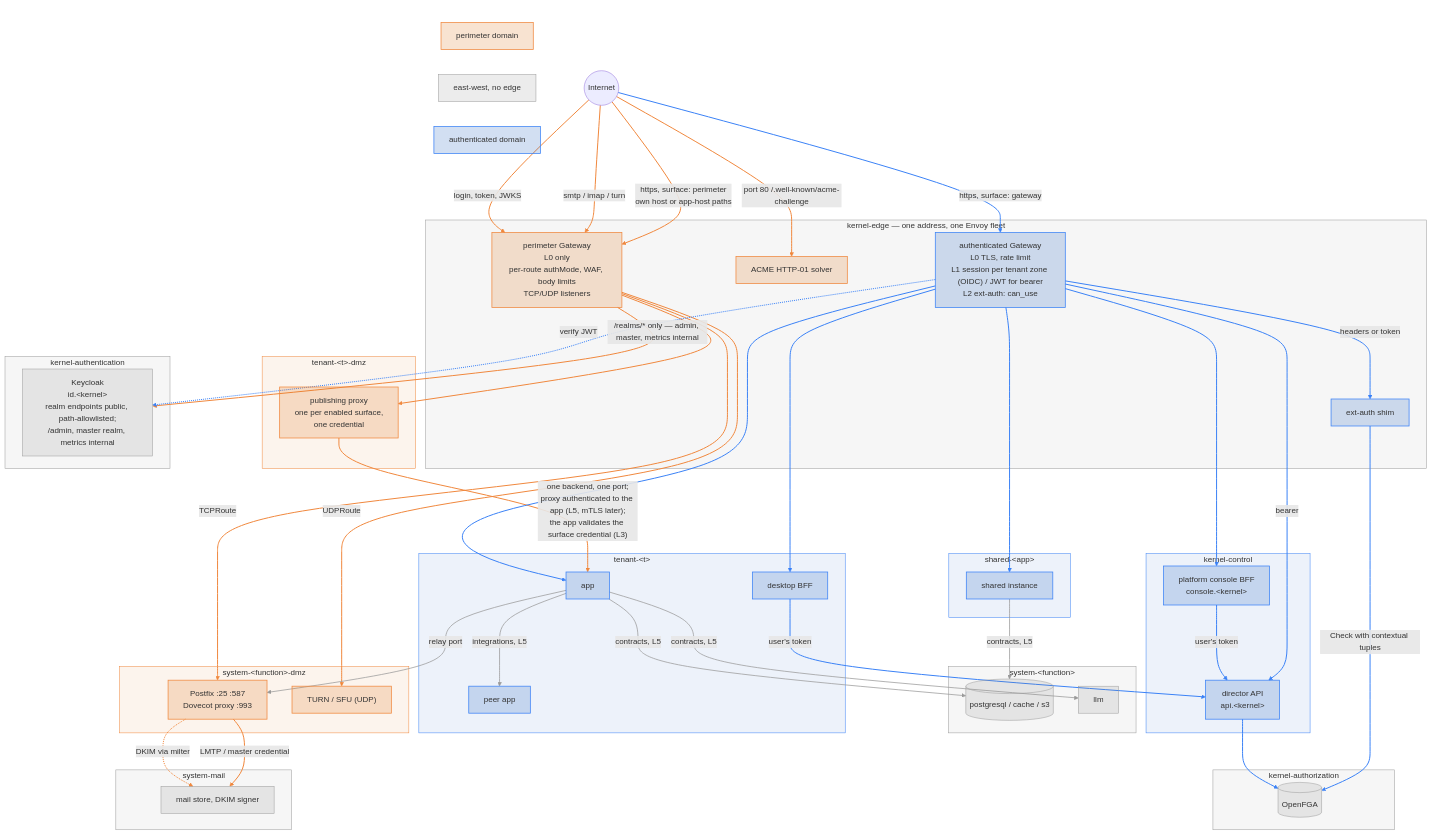
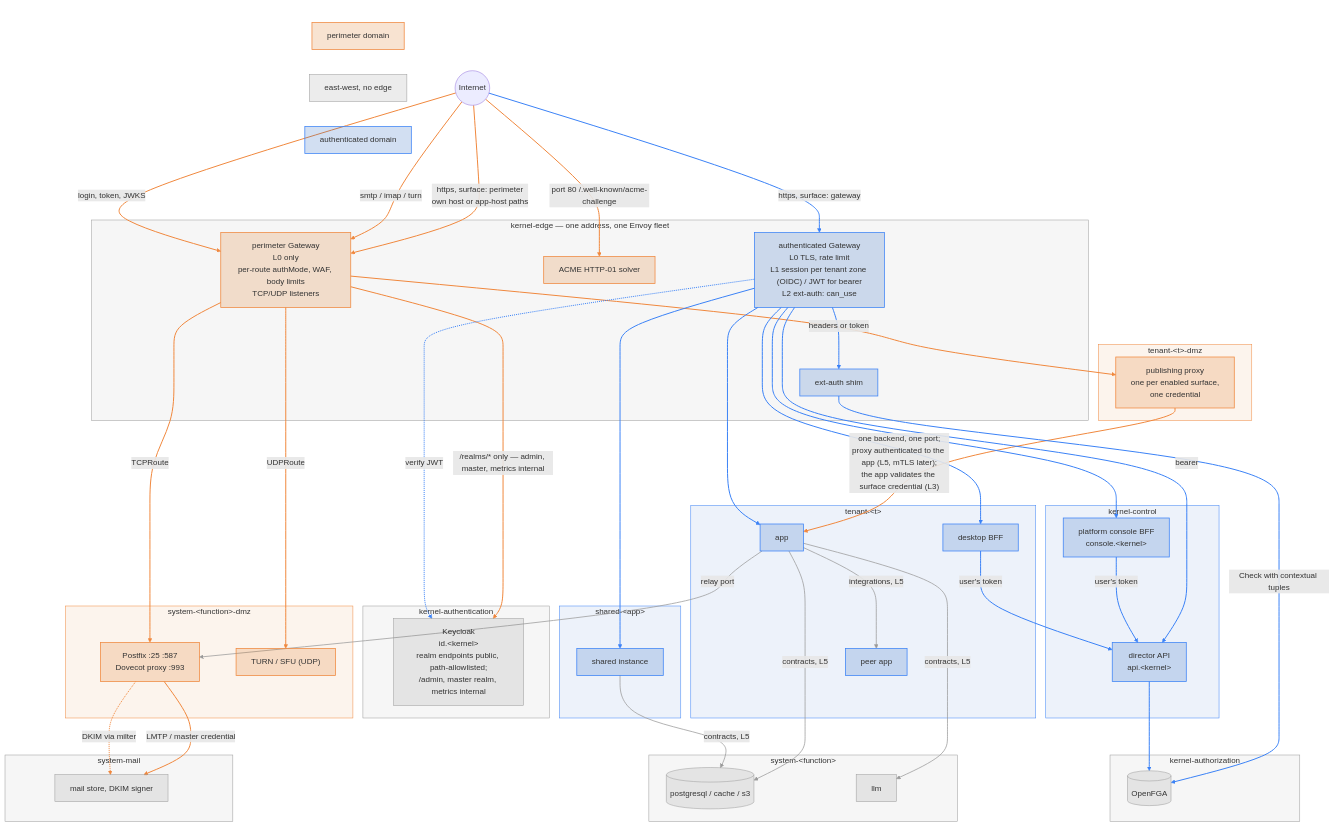
The diagram in docs/plans/networking.md (gentian-org/gentian-os), drawn with Mermaid before and after one commit.

Commit message:
docs(networking): invisible spacers keep the grey boxes on one row

```diff
--- a/docs/plans/networking.md
+++ b/docs/plans/networking.md
@@ -55,6 +55,8 @@
     end
 
     NET(("Internet"))
+    S2[" "]
+    S3[" "]
 
     subgraph EDGE["kernel-edge — one address, one Envoy fleet"]
         PG["perimeter Gateway<br/>L0 only<br/>per-route authMode, WAF, body limits<br/>TCP/UDP listeners"]
@@ -133,9 +135,19 @@
     APP -->|"integrations, L5"| PEER
     SAPP -->|"contracts, L5"| DB
 
+    %% invisible spacers: put every grey box on the same row (rank 4)
+    PG ~~~ S2
+    S2 ~~~ S3
+    S3 ~~~ STORE
+    S3 ~~~ KC
+    PEER ~~~ DB
+    PEER ~~~ LLM
+
     classDef auth fill:#1f5fbf33,stroke:#3b82f6,stroke-width:1.5px
     classDef perim fill:#d9731a33,stroke:#f0883e,stroke-width:1.5px
     classDef ew fill:#80808026,stroke:#9a9a9a
+    classDef spacer fill:none,stroke:none
+    class S2,S3 spacer
     class AG,SHIM,DESK,APP,PEER,SAPP,CON,DIR,LA auth
     class PG,PX,MTA,TURN,ACME,LP perim
     class KC,FGA,DB,LLM,STORE,LE ew
```
